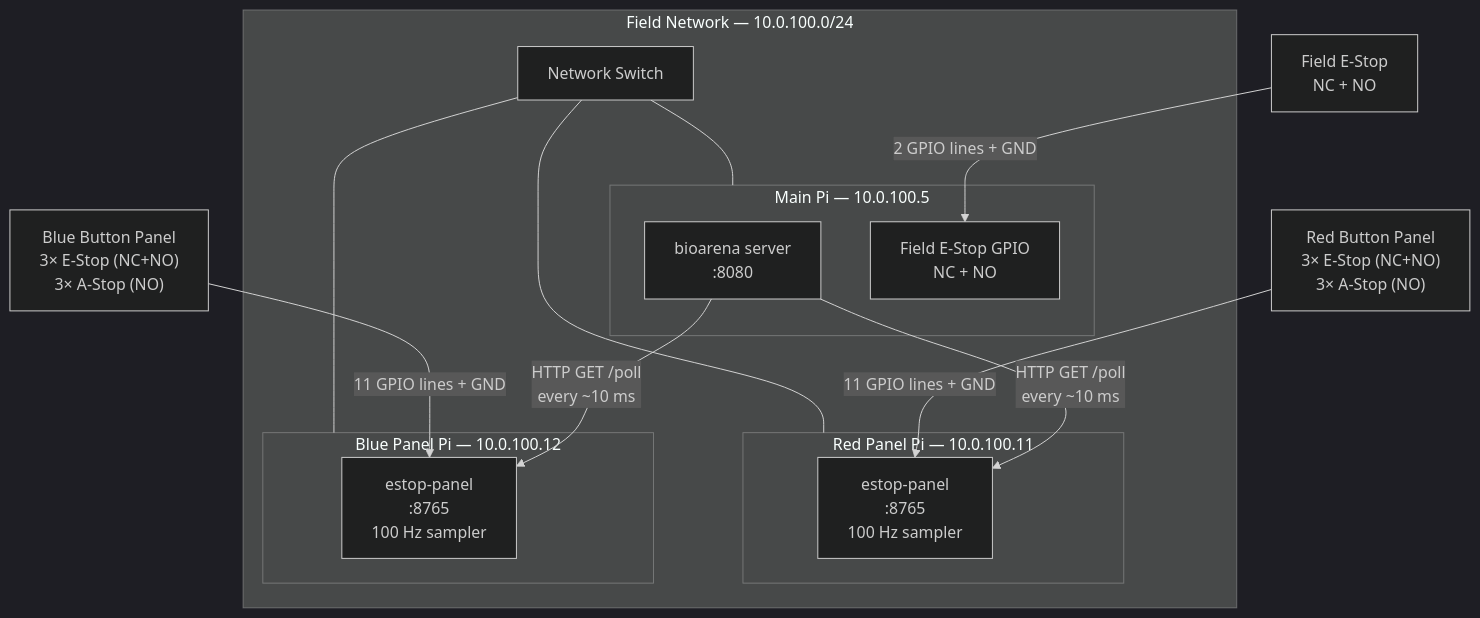
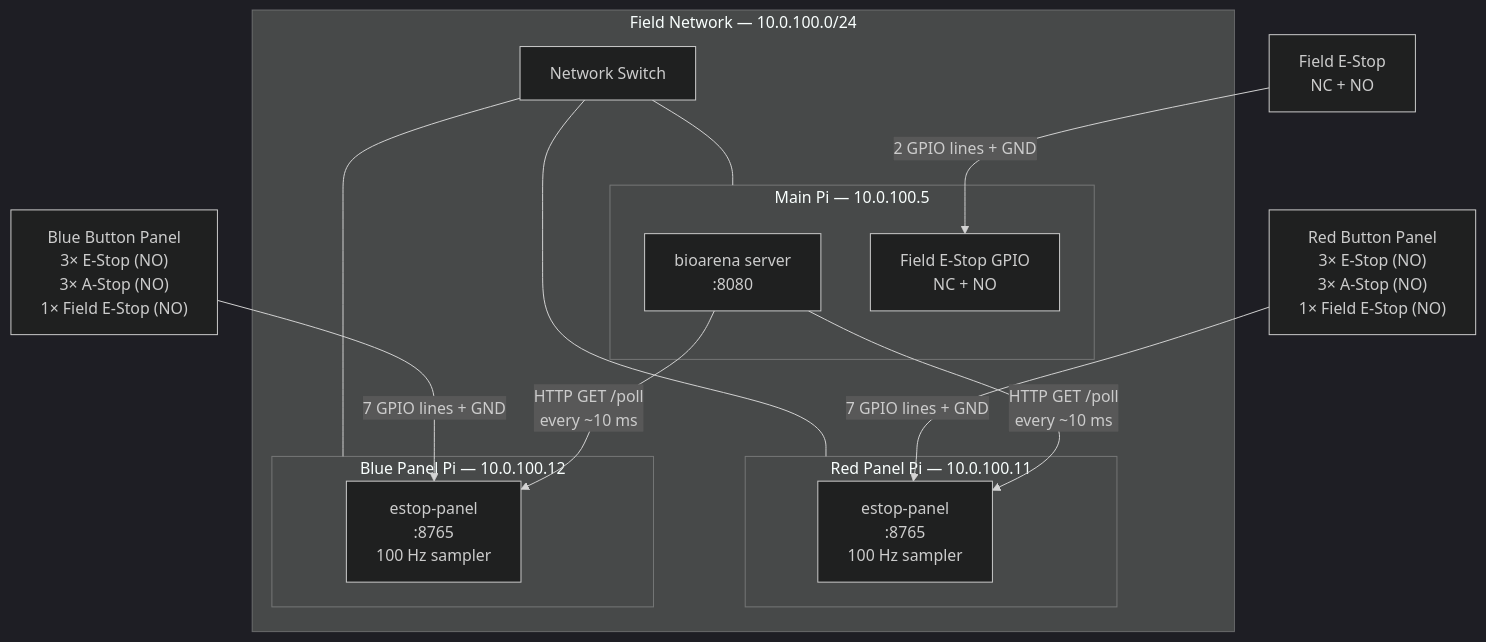
Before and after one commit to Team841/bioarena: the first of 7 diagrams in docs/hardware-wiring.md, drawn with Mermaid (dark theme). The commit also changed other lines of this file and 6 other files, not shown here.

````diff
--- a/docs/hardware-wiring.md
+++ b/docs/hardware-wiring.md
@@ -31,34 +33,34 @@
 ```mermaid
 graph TB
     subgraph FIELD["Field Network — 10.0.100.0/24"]
         SW[Network Switch]
 
         subgraph MAINPI["Main Pi — 10.0.100.5"]
             BIOARENA["bioarena server\n:8080"]
             FGPIO["Field E-Stop GPIO\nNC + NO"]
         end
 
         subgraph REDPI["Red Panel Pi — 10.0.100.11"]
             REDSRV["estop-panel\n:8765\n100 Hz sampler"]
         end
 
         subgraph BLUEPI["Blue Panel Pi — 10.0.100.12"]
             BLUESRV["estop-panel\n:8765\n100 Hz sampler"]
         end
     end
 
-    RPANEL["Red Button Panel\n3× E-Stop (NC+NO)\n3× A-Stop (NO)"]
-    BPANEL["Blue Button Panel\n3× E-Stop (NC+NO)\n3× A-Stop (NO)"]
+    RPANEL["Red Button Panel\n3× E-Stop (NO)\n3× A-Stop (NO)\n1× Field E-Stop (NO)"]
+    BPANEL["Blue Button Panel\n3× E-Stop (NO)\n3× A-Stop (NO)\n1× Field E-Stop (NO)"]
     FBTN["Field E-Stop\nNC + NO"]
 
     SW --- MAINPI
     SW --- REDPI
     SW --- BLUEPI
 
     BIOARENA -->|"HTTP GET /poll\nevery ~10 ms"| REDSRV
     BIOARENA -->|"HTTP GET /poll\nevery ~10 ms"| BLUESRV
 
-    RPANEL -->|"11 GPIO lines + GND"| REDSRV
-    BPANEL -->|"11 GPIO lines + GND"| BLUESRV
+    RPANEL -->|"7 GPIO lines + GND"| REDSRV
+    BPANEL -->|"7 GPIO lines + GND"| BLUESRV
     FBTN -->|"2 GPIO lines + GND"| FGPIO
 ```
````
